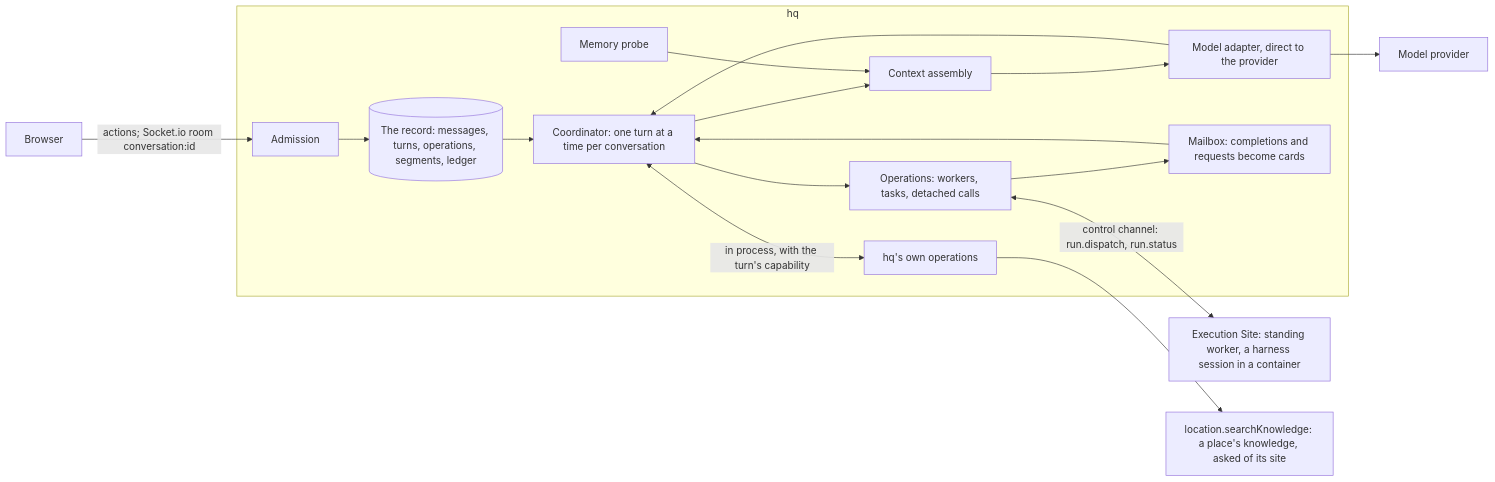
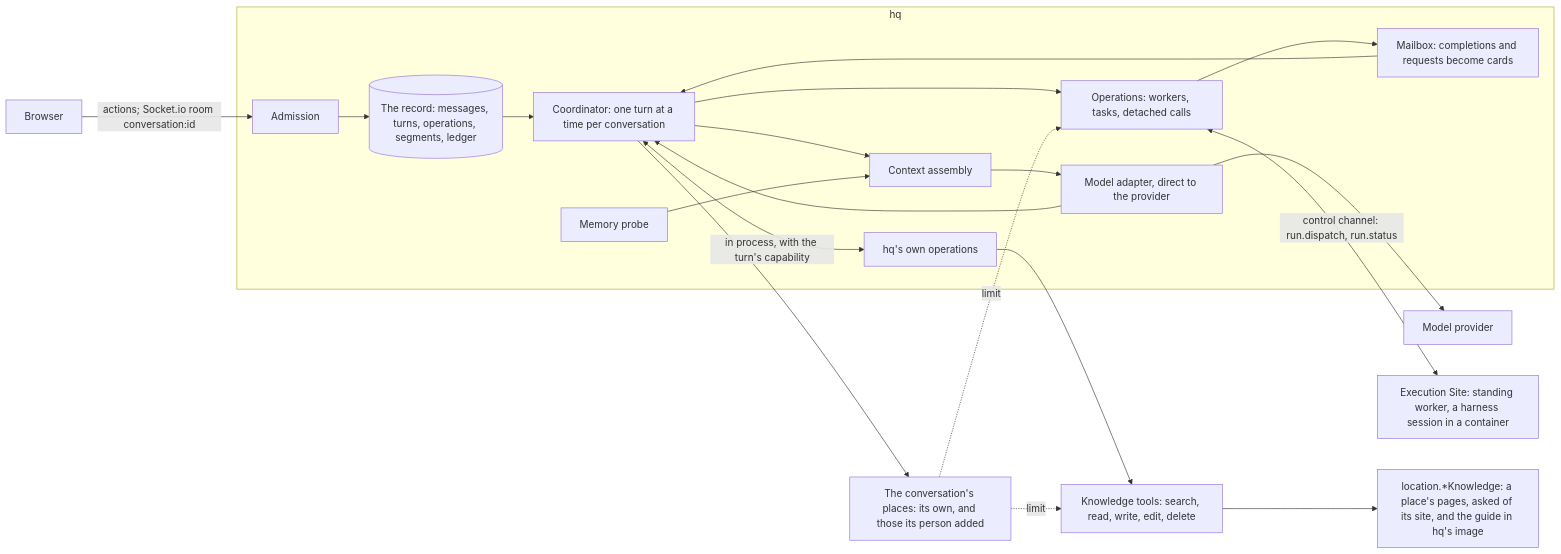
One commit to solution84-com/agenthix changed the diagram in docs/architecture/conversation-layer.md. Above: the diagram before and after it, drawn with Mermaid. The commit also changed other lines of this file and 33 other files, not shown here.

Commit message:
docs: knowledge in the concepts, the architecture and the user guide, the QA contract's stories and scenarios (SC-1368–SC-1446), and the rule that tests calling a real model run on a low-cost, capable baseline

````diff
--- a/docs/architecture/conversation-layer.md
+++ b/docs/architecture/conversation-layer.md
@@ -6,19 +6,23 @@
 ```mermaid
 flowchart LR
     BR["Browser"] -->|"actions; Socket.io room conversation:id"| ADM["Admission"]
     subgraph HQ ["hq"]
         ADM --> REC[("The record: messages, turns, operations, segments, ledger")]
         REC --> CO["Coordinator: one turn at a time per conversation"]
         CO --> CTX["Context assembly"]
         MEM["Memory probe"] --> CTX
         CTX --> MOD["Model adapter, direct to the provider"]
         MOD --> CO
         CO <-->|"in process, with the turn's capability"| TOOLS["hq's own operations"]
         CO --> WORK["Operations: workers, tasks, detached calls"]
         WORK --> MB["Mailbox: completions and requests become cards"]
         MB --> CO
     end
     MOD --> PRV["Model provider"]
     WORK <-->|"control channel: run.dispatch, run.status"| SITE["Execution Site: standing worker, a harness session in a container"]
-    TOOLS --> SITEK["location.searchKnowledge: a place's knowledge, asked of its site"]
+    TOOLS --> KN["Knowledge tools: search, read, write, edit, delete"]
+    KN --> SITEK["location.*Knowledge: a place's pages, asked of its site, and the guide in hq's image"]
+    CO --> PLC["The conversation's places: its own, and those its person added"]
+    PLC -.->|"limit"| KN
+    PLC -.->|"limit"| WORK
 ```
````
